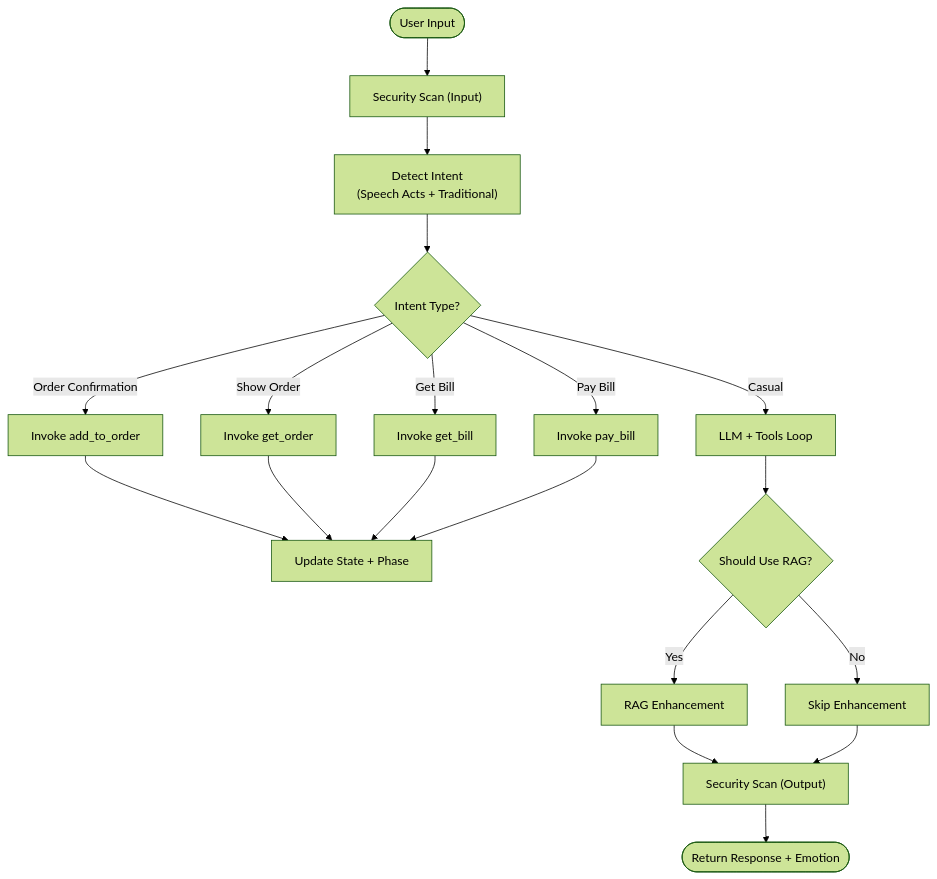
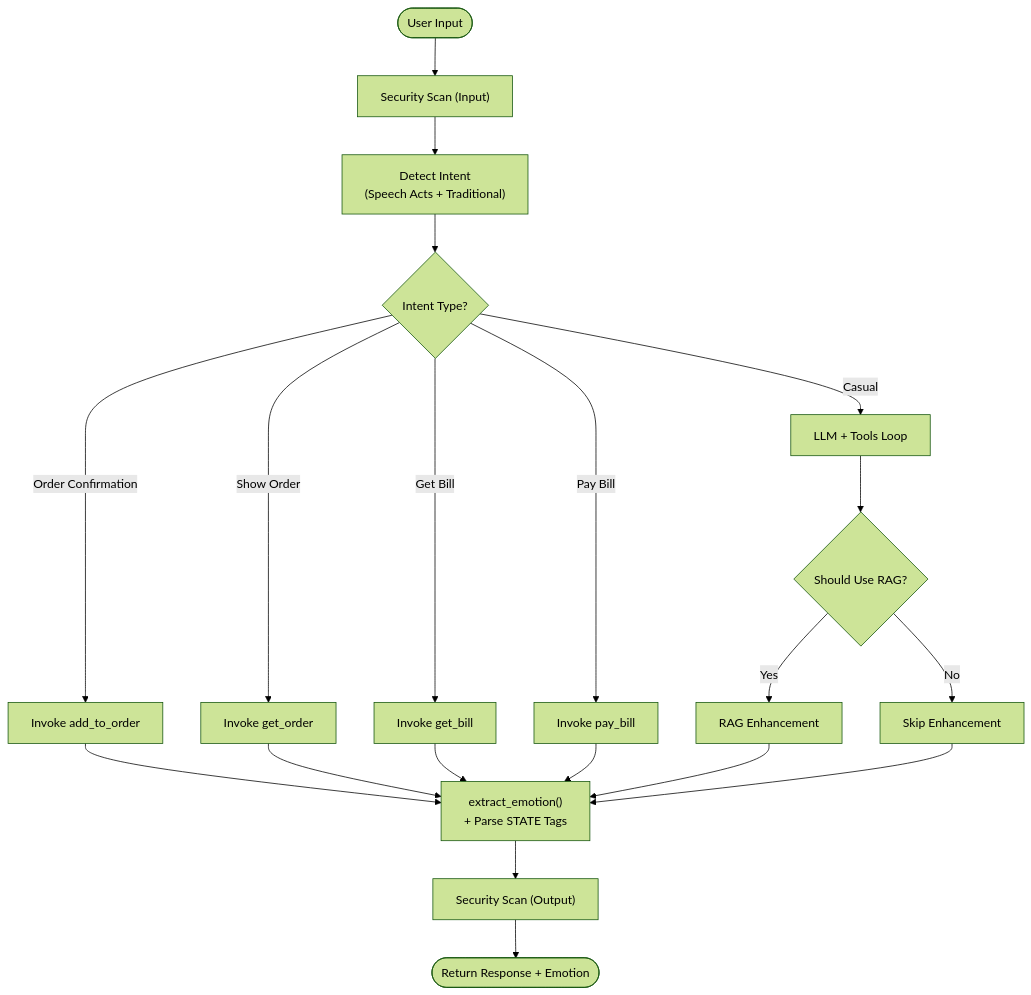
One commit to MOK-5-ha/MayaMCP changed the seventh of 8 diagrams in .qoder/repowiki/en/content/API Reference/UI Handler API.md. Above: the diagram before and after it, drawn with Mermaid (forest theme). The commit also changed other lines of this file and 27 other files, not shown here.

````diff
--- a/.qoder/repowiki/en/content/API Reference/UI Handler API.md
+++ b/.qoder/repowiki/en/content/API Reference/UI Handler API.md
@@ -350,21 +372,22 @@
 ```mermaid
 flowchart TD
 In(["User Input"]) --> SecurityIn["Security Scan (Input)"]
 SecurityIn --> Intent["Detect Intent<br/>(Speech Acts + Traditional)"]
 Intent --> Decision{"Intent Type?"}
 Decision --> |Order Confirmation| ToolCall["Invoke add_to_order"]
 Decision --> |Show Order| ToolCall2["Invoke get_order"]
 Decision --> |Get Bill| ToolCall3["Invoke get_bill"]
 Decision --> |Pay Bill| ToolCall4["Invoke pay_bill"]
 Decision --> |Casual| LLM["LLM + Tools Loop"]
-ToolCall --> Update["Update State + Phase"]
-ToolCall2 --> Update
-ToolCall3 --> Update
-ToolCall4 --> Update
+ToolCall --> Emotion["extract_emotion()<br/>+ Parse STATE Tags"]
+ToolCall2 --> Emotion
+ToolCall3 --> Emotion
+ToolCall4 --> Emotion
 LLM --> RAG{"Should Use RAG?"}
 RAG --> |Yes| Enhance["RAG Enhancement"]
 RAG --> |No| Skip["Skip Enhancement"]
-Enhance --> SecurityOut["Security Scan (Output)"]
-Skip --> SecurityOut
+Enhance --> Emotion
+Skip --> Emotion
+Emotion --> SecurityOut["Security Scan (Output)"]
 SecurityOut --> Return(["Return Response + Emotion"])
 ```
````
